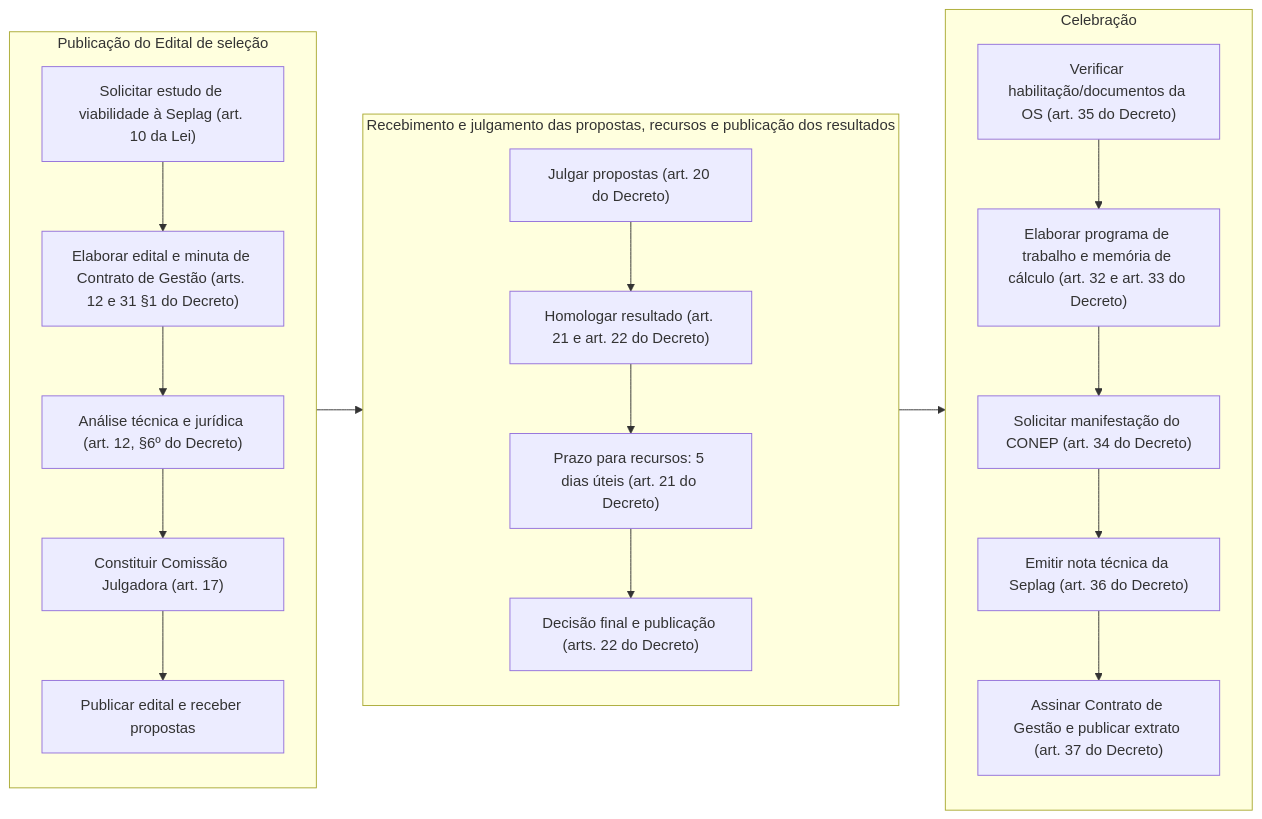
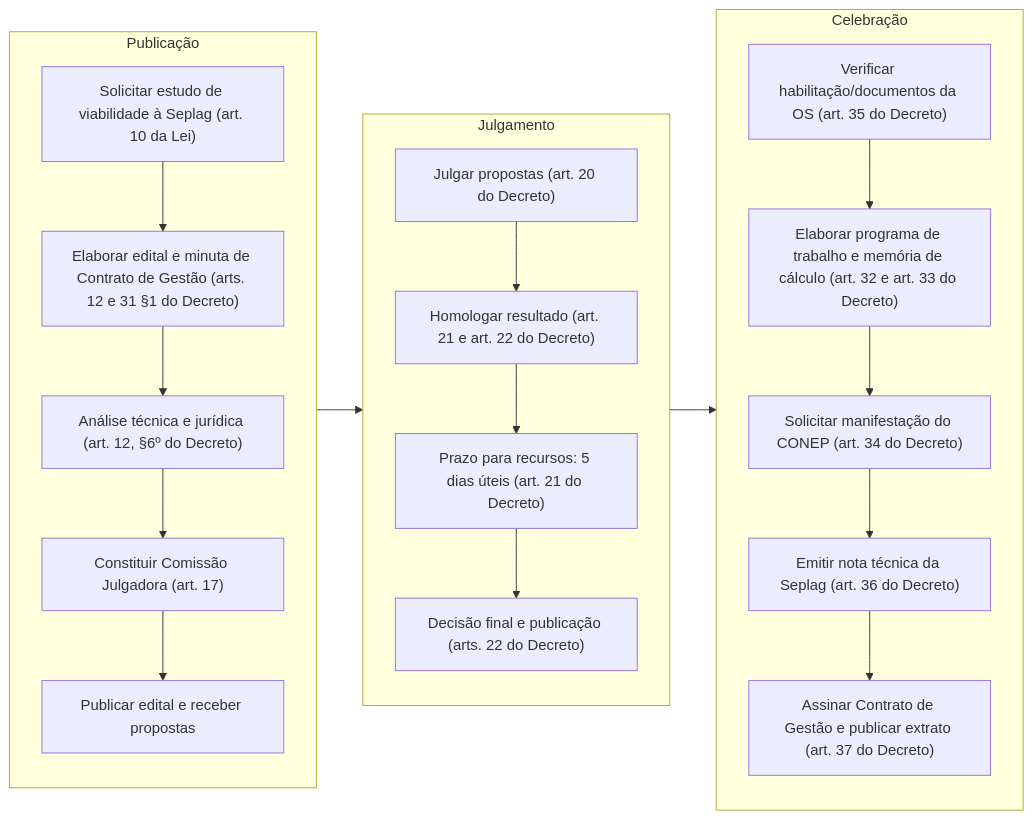
One commit to iepha-mg/manual.appi changed the first of 2 diagrams in paginas/marcos_regulatorios/descentralizacao/OS/README.md. Above: the diagram before and after it, drawn with Mermaid.

```diff
--- a/paginas/marcos_regulatorios/descentralizacao/OS/README.md
+++ b/paginas/marcos_regulatorios/descentralizacao/OS/README.md
@@ -52,27 +52,27 @@
 <div class="mermaid">
 flowchart LR
-    subgraph Publicação ["Publicação do Edital de seleção"]
+    subgraph Publicação
         A1["Solicitar estudo de viabilidade à Seplag (art. 10 da Lei)"]
         A2["Elaborar edital e minuta de Contrato de Gestão (arts. 12 e 31 §1 do Decreto)"]
         A3["Análise técnica e jurídica (art. 12, §6º do Decreto)"]
         A4["Constituir Comissão Julgadora (art. 17)"]
         A5["Publicar edital e receber propostas"]
         A1 --> A2 --> A3 --> A4 --> A5
     end
-    subgraph Seleção ["Recebimento e julgamento das propostas, recursos e publicação dos resultados"]
+    subgraph Julgamento
         B1["Julgar propostas (art. 20 do Decreto)"]
         B2["Homologar resultado (art. 21 e art. 22 do Decreto)"]
         B3["Prazo para recursos: 5 dias úteis (art. 21 do Decreto)"]
         B4["Decisão final e publicação (arts. 22 do Decreto)"]
         B1 --> B2 --> B3 --> B4
     end
     subgraph Celebração
         C1["Verificar habilitação/documentos da OS (art. 35 do Decreto)"]
         C2["Elaborar programa de trabalho e memória de cálculo (art. 32 e art. 33 do Decreto)"]
         C3["Solicitar manifestação do CONEP (art. 34 do Decreto)"]
         C4["Emitir nota técnica da Seplag (art. 36 do Decreto)"]
         C5["Assinar Contrato de Gestão e publicar extrato (art. 37 do Decreto)"]
         C1 --> C2 --> C3 --> C4 --> C5
     end
-    Publicação --> Seleção --> Celebração
+    Publicação --> Julgamento --> Celebração
 </div>
```
